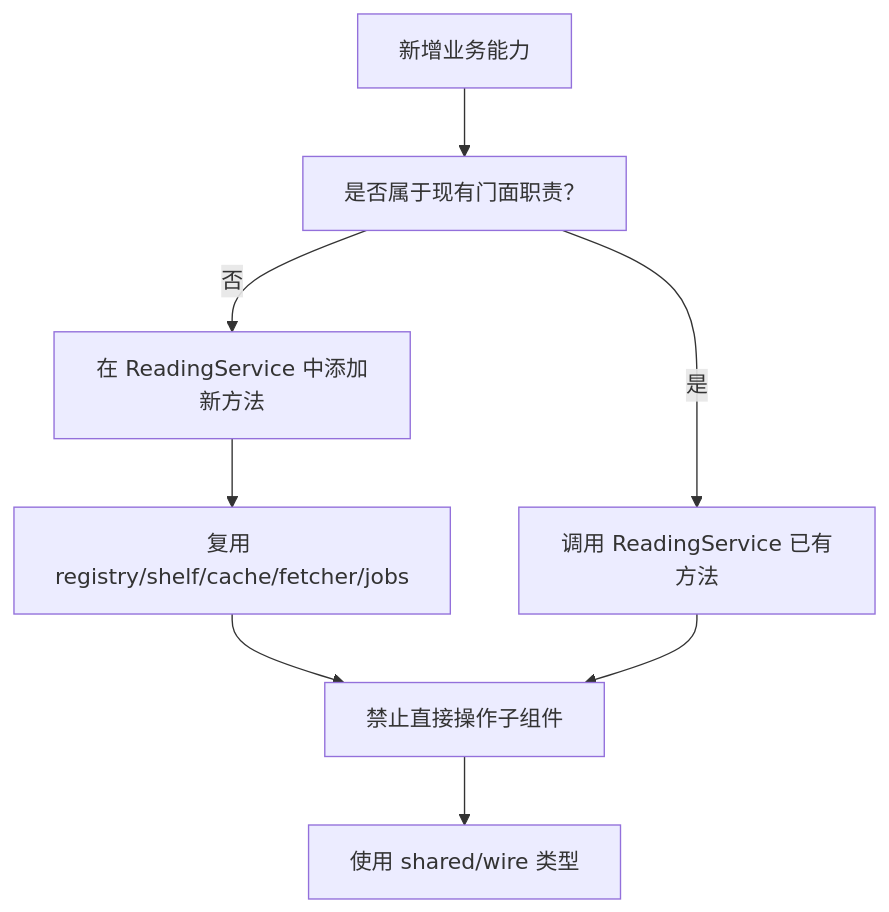
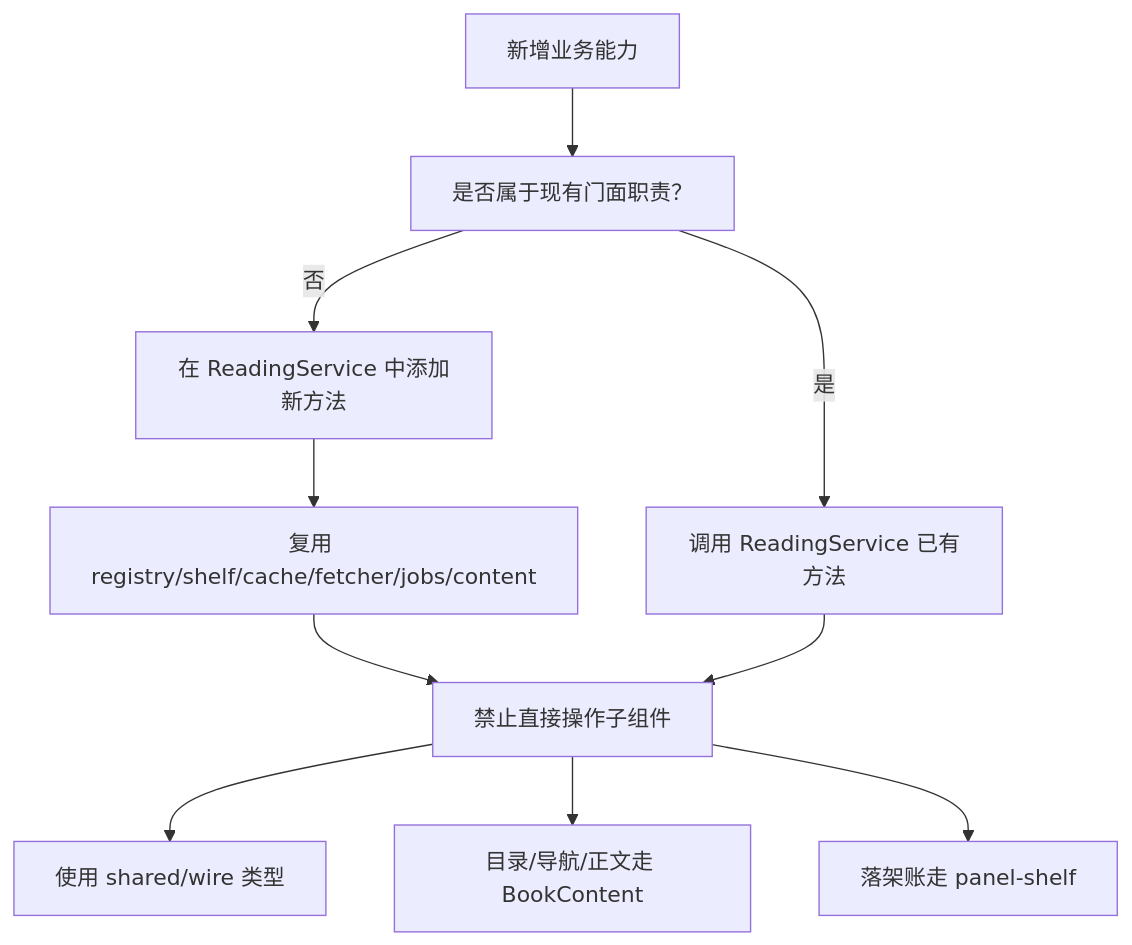
One commit to xrn1997/dsh-novel changed diagram 11 of 12 in .qoder/repowiki/zh/content/核心模块详解/阅读服务门面.md. Above: the diagram before and after it, drawn with Mermaid. The commit also changed other lines of this file and 30 other files, not shown here.

````diff
--- a/.qoder/repowiki/zh/content/核心模块详解/阅读服务门面.md
+++ b/.qoder/repowiki/zh/content/核心模块详解/阅读服务门面.md
@@ -594,10 +748,12 @@
 ```mermaid
 flowchart TD
   NewFeature["新增业务能力"] --> Check["是否属于现有门面职责？"]
   Check -->|是| UseMethod["调用 ReadingService 已有方法"]
   Check -->|否| AddMethod["在 ReadingService 中添加新方法"]
-  AddMethod --> UseInternal["复用 registry/shelf/cache/fetcher/jobs"]
+  AddMethod --> UseInternal["复用 registry/shelf/cache/fetcher/jobs/content"]
   UseInternal --> NoDirect["禁止直接操作子组件"]
   UseMethod --> NoDirect
   NoDirect --> Wire["使用 shared/wire 类型"]
+  NoDirect --> BookContent["目录/导航/正文走 BookContent"]
+  NoDirect --> PanelShelf["落架账走 panel-shelf"]
 ```
````
